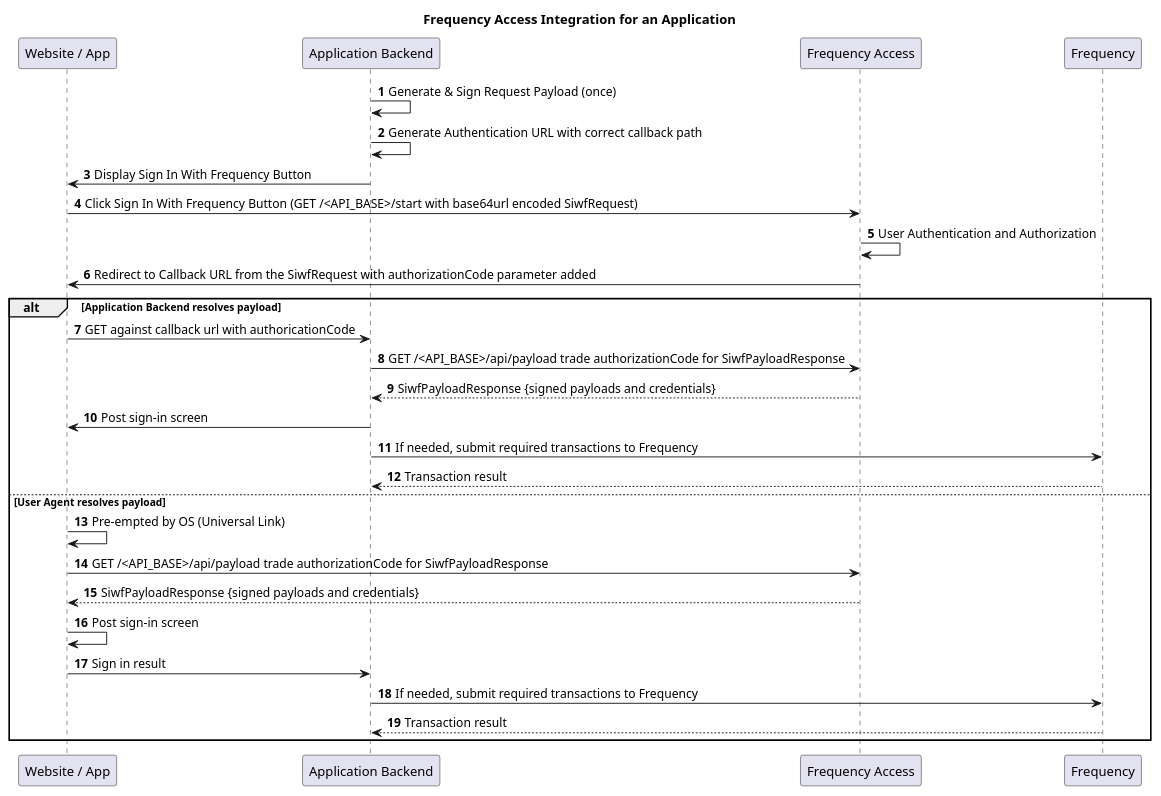
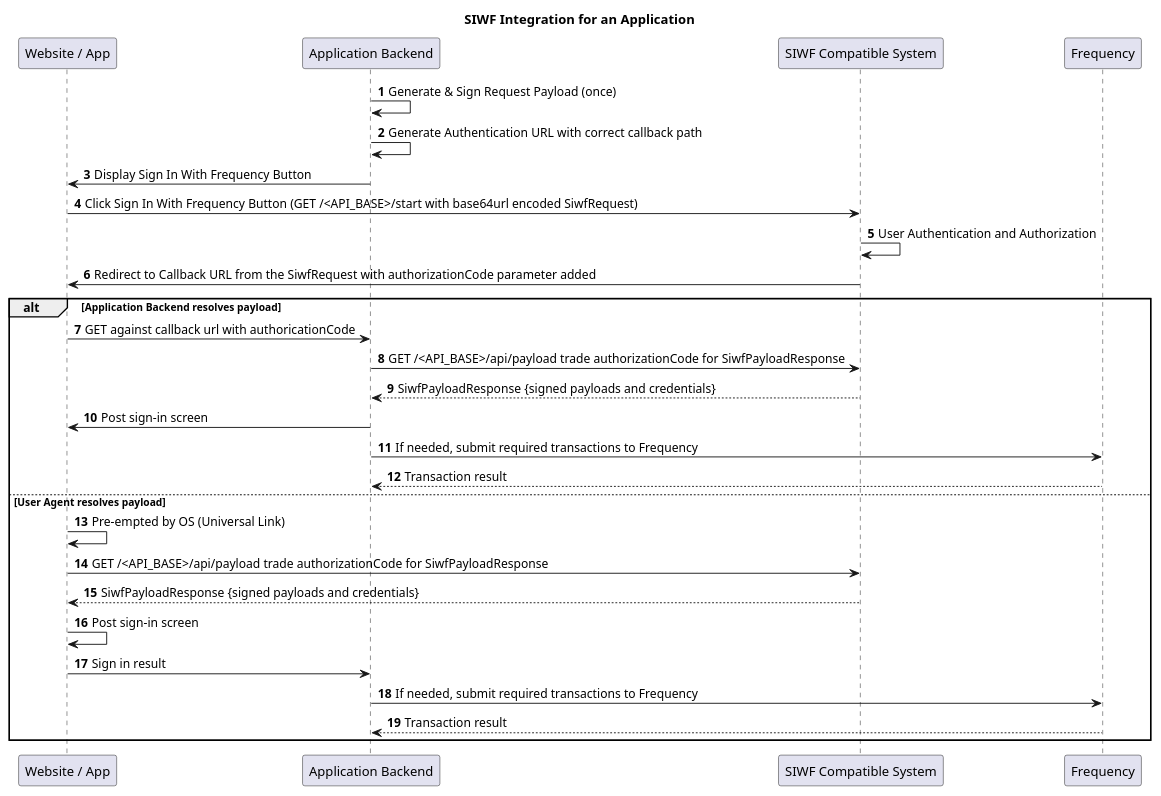
The diagram in docs/src/Actions/flow.puml (ProjectLibertyLabs/siwf), drawn with PlantUML before and after one commit. The commit also changed 9 other files, not shown here.

Commit message:
Update Frequency Access -> SIWF System

```diff
--- a/docs/src/Actions/flow.puml
+++ b/docs/src/Actions/flow.puml
@@ -1,31 +1,31 @@
 @startuml
-title "Frequency Access Integration for an Application"
+title "SIWF Integration for an Application"
 participant "Website / App" as ua
 participant "Application Backend" as p
-participant "Frequency Access" as fa
+participant "SIWF Compatible System" as fa
 participant "Frequency" as bc
 
 autonumber
 p->p: Generate & Sign Request Payload (once)
 p->p: Generate Authentication URL with correct callback path
 p->ua: Display Sign In With Frequency Button
 ua->fa: Click Sign In With Frequency Button (GET /<API_BASE>/start with base64url encoded SiwfRequest)
 fa->fa: User Authentication and Authorization
 fa->ua: Redirect to Callback URL from the SiwfRequest with authorizationCode parameter added
 alt Application Backend resolves payload
     ua->p: GET against callback url with authoricationCode
     p->fa: GET /<API_BASE>/api/payload trade authorizationCode for SiwfPayloadResponse
     return SiwfPayloadResponse {signed payloads and credentials}
     p->ua: Post sign-in screen
     p->bc: If needed, submit required transactions to Frequency
     return Transaction result
 else User Agent resolves payload
     ua->ua: Pre-empted by OS (Universal Link)
     ua->fa: GET /<API_BASE>/api/payload trade authorizationCode for SiwfPayloadResponse
     return SiwfPayloadResponse {signed payloads and credentials}
     ua->ua: Post sign-in screen
     ua->p: Sign in result
     p->bc: If needed, submit required transactions to Frequency
     return Transaction result
 end
 @enduml
```
